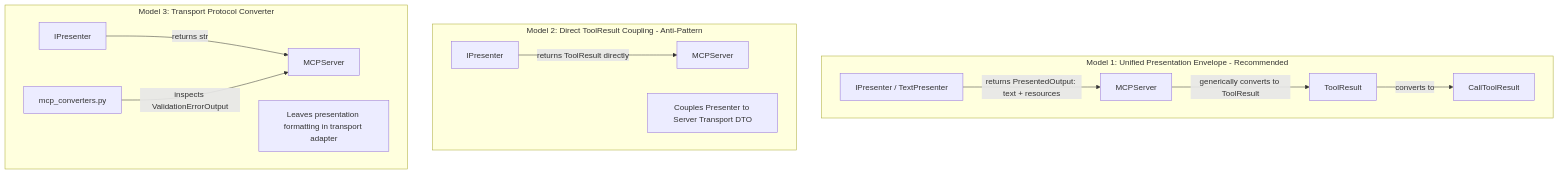
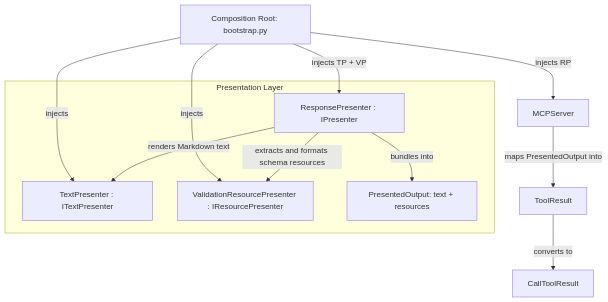
Before and after one commit to MikeyVK/S1mpleTraderV3: the diagram in docs/development/issue414/research.md, drawn with Mermaid. The commit also changed other lines of this file, not shown here.

Commit message:
docs(P_RESEARCH): Update research with composite presentation architecture (#414) (#414)

````diff
--- a/docs/development/issue414/research.md
+++ b/docs/development/issue414/research.md
@@ -131,19 +121,16 @@
 ```mermaid
 graph TD
-    subgraph Model 1 [Model 1: Unified Presentation Envelope - Recommended]
-        P1[IPresenter / TextPresenter] -->|returns PresentedOutput: text + resources| S1[MCPServer]
-        S1 -->|generically converts to ToolResult| TR1[ToolResult]
-        TR1 -->|converts to| MCP1[CallToolResult]
+    CR[Composition Root: bootstrap.py] -->|injects| TP[TextPresenter : ITextPresenter]
+    CR -->|injects| VP[ValidationResourcePresenter : IResourcePresenter]
+    CR -->|injects TP + VP| RP[ResponsePresenter : IPresenter]
+    CR -->|injects RP| MS[MCPServer]
+
+    subgraph Presentation Layer
+        RP -->|renders Markdown text| TP
+        RP -->|extracts and formats schema resources| VP
+        RP -->|bundles into| PO[PresentedOutput: text + resources]
     end
 
-    subgraph Model 2 [Model 2: Direct ToolResult Coupling - Anti-Pattern]
-        P2[IPresenter] -->|returns ToolResult directly| S2[MCPServer]
-        Note2[Couples Presenter to Server Transport DTO]
-    end
-
-    subgraph Model 3 [Model 3: Transport Protocol Converter]
-        P3[IPresenter] -->|returns str| S3[MCPServer]
-        Conv3[mcp_converters.py] -->|inspects ValidationErrorOutput| S3
-        Note3[Leaves presentation formatting in transport adapter]
-    end
+    MS -->|maps PresentedOutput into| TR[ToolResult]
+    TR -->|converts to| MCP[CallToolResult]
 ```
````
